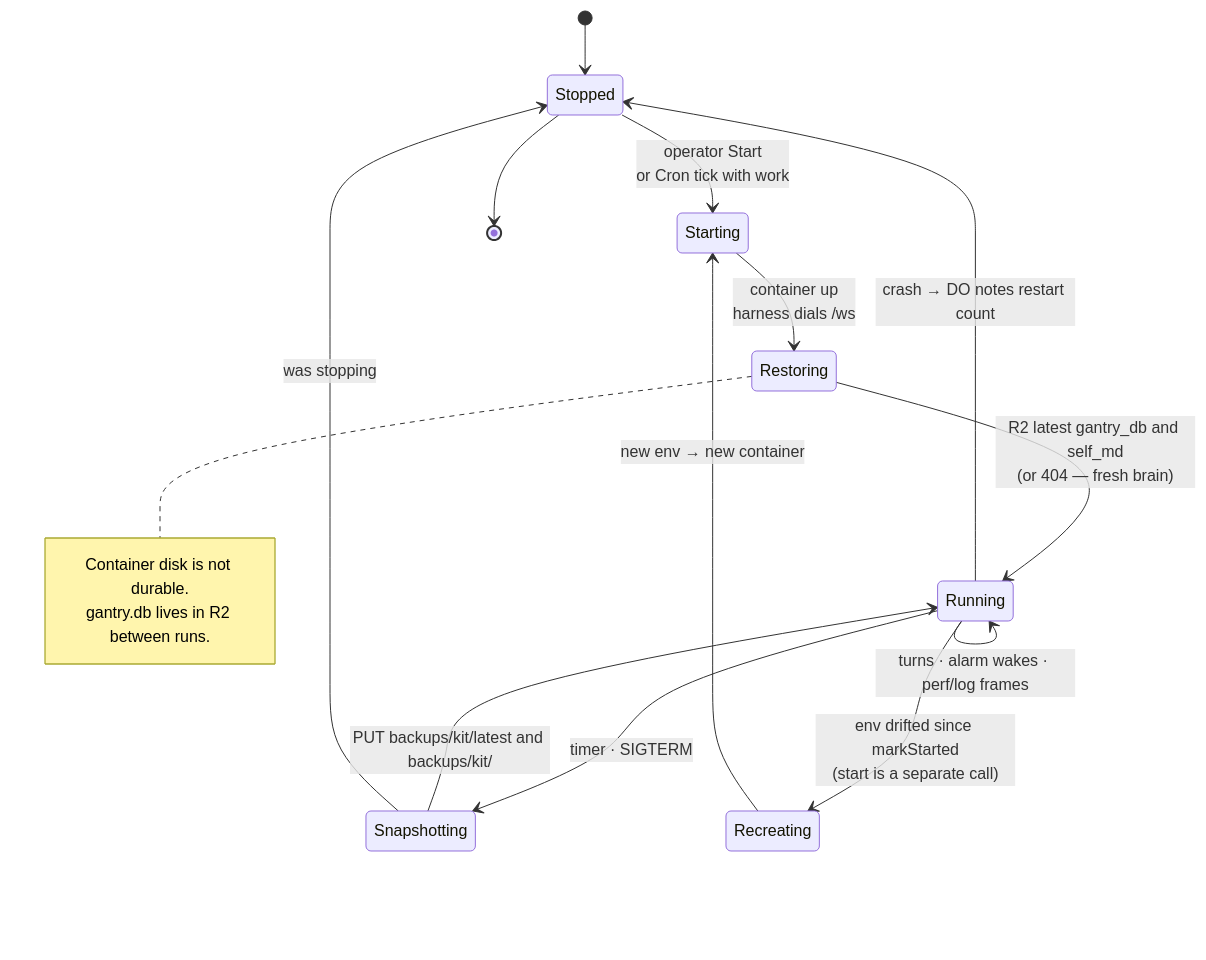
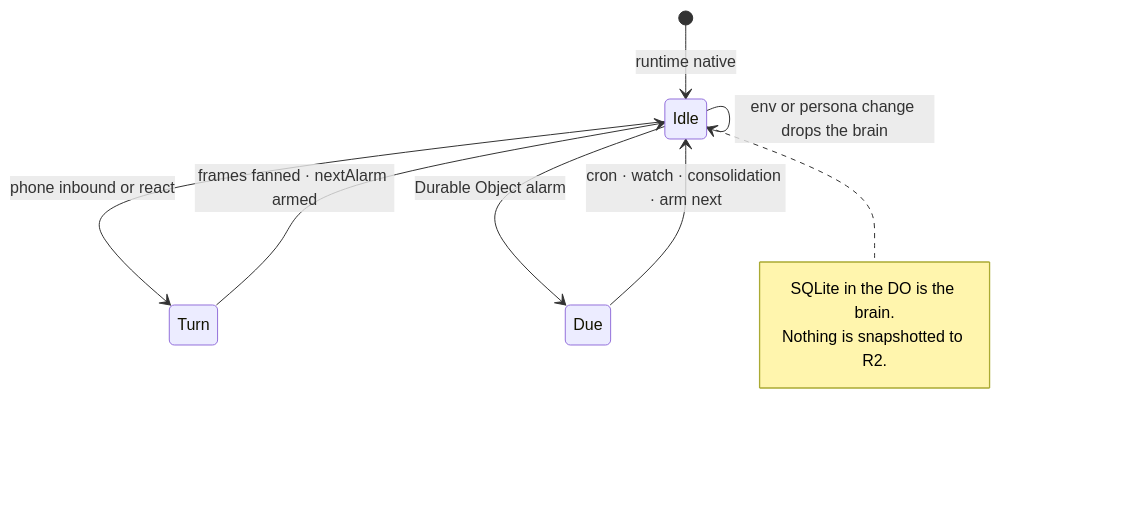
One commit to shotah/gantree2 changed the seventh of 14 diagrams in docs/architecture.md. Above: the diagram before and after it, drawn with Mermaid. The commit also changed other lines of this file and 1526 other files, not shown here.

Commit message:
pivot from container/go to ts and native worker

````diff
--- a/docs/architecture.md
+++ b/docs/architecture.md
@@ -280,20 +305,14 @@
 ```mermaid
 stateDiagram-v2
-  [*] --> Stopped
-  Stopped --> Starting : operator Start<br/>or Cron tick with work
-  Starting --> Restoring : container up<br/>harness dials /ws
-  Restoring --> Running : R2 latest gantry_db and self_md<br/>(or 404 — fresh brain)
-  Running --> Running : turns · alarm wakes · perf/log frames
-  Running --> Snapshotting : timer · SIGTERM
-  Snapshotting --> Running : PUT backups/kit/latest and backups/kit/<stamp>
-  Snapshotting --> Stopped : was stopping
-  Running --> Recreating : env drifted since markStarted<br/>(start is a separate call)
-  Recreating --> Starting : new env → new container
-  Running --> Stopped : crash → DO notes restart count
-  Stopped --> [*]
+  [*] --> Idle : runtime native
+  Idle --> Turn : phone inbound or react
+  Turn --> Idle : frames fanned · nextAlarm armed
+  Idle --> Due : Durable Object alarm
+  Due --> Idle : cron · watch · consolidation · arm next
+  Idle --> Idle : env or persona change drops the brain
 
-  note right of Restoring
-    Container disk is not durable.
-    gantry.db lives in R2 between runs.
+  note right of Idle
+    SQLite in the DO is the brain.
+    Nothing is snapshotted to R2.
   end note
 ```
````
